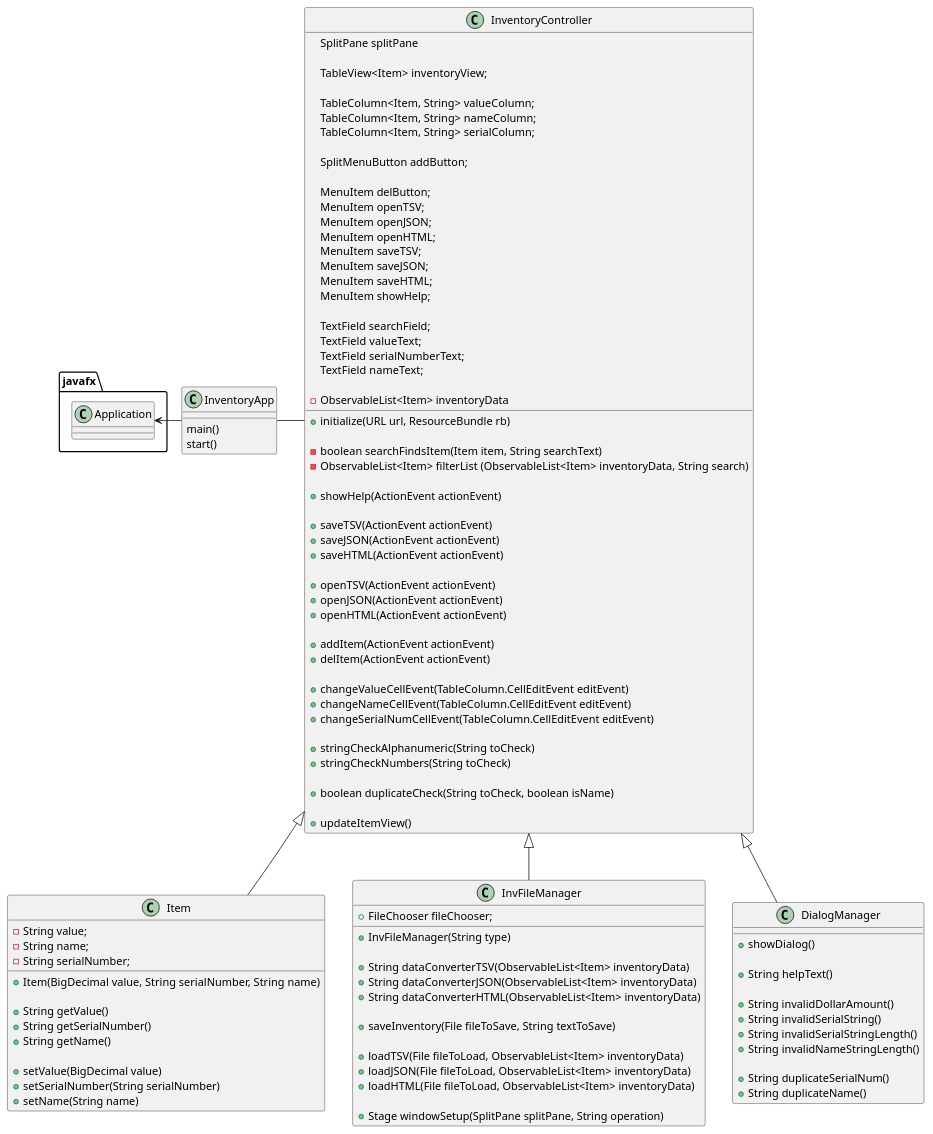
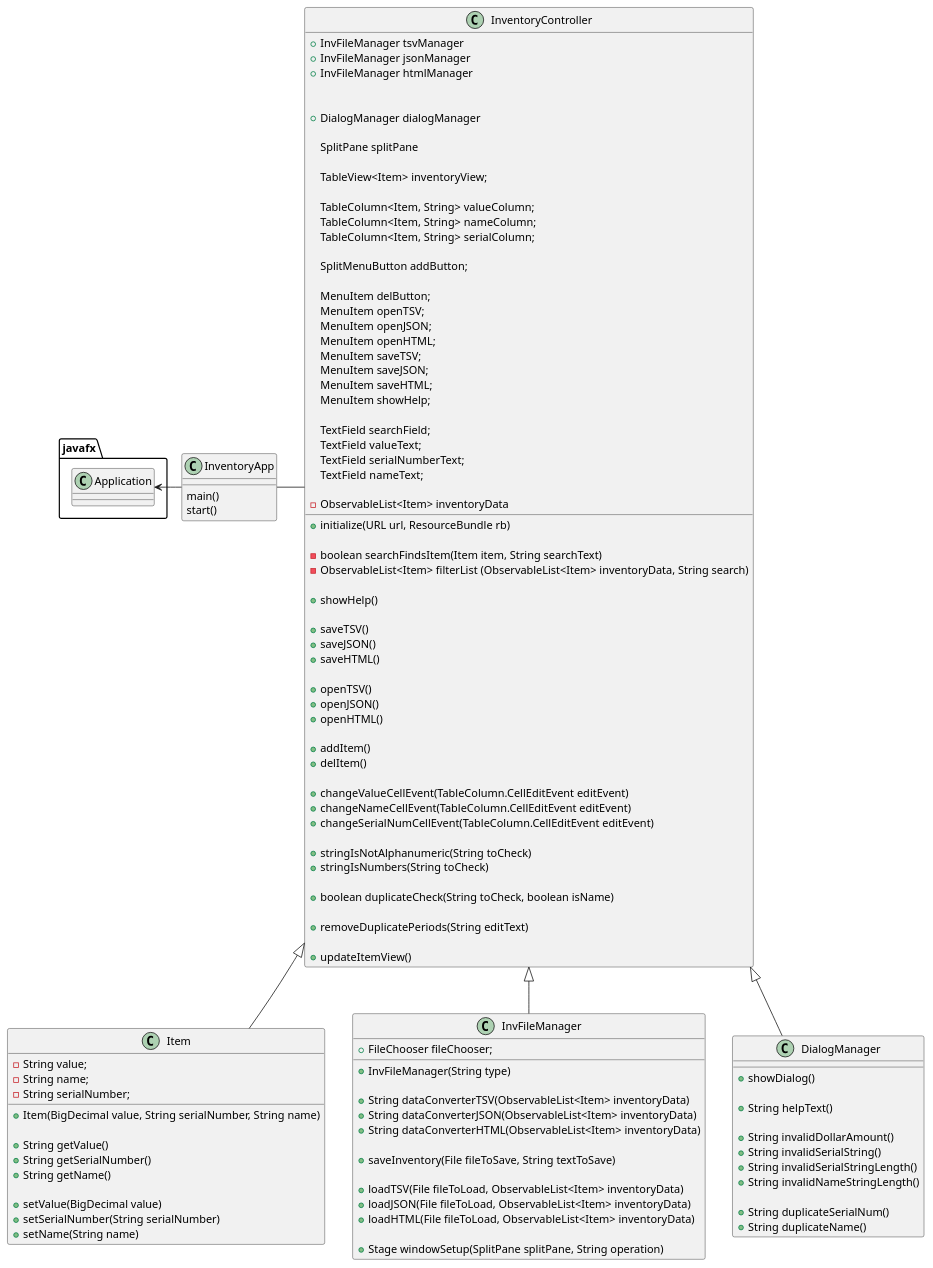
One commit to Sonxaj/turner-2668-a5 changed the diagram in uml/InventoryApp.puml. Above: the diagram before and after it, drawn with PlantUML. The commit also changed 12 other files, not shown here.

Commit message:
Completed Main App Controller Added automated tests with relevant input files Updated PlantUML to include new method identifiers Added README

```diff
--- a/uml/InventoryApp.puml
+++ b/uml/InventoryApp.puml
@@ -1,126 +1,133 @@
 @startuml
 
 javafx.Application <- InventoryApp
 
 InventoryApp - InventoryController
 
 InventoryController <|-- Item
 InventoryController <|-- InvFileManager
 InventoryController <|-- DialogManager
 
 
 class InventoryApp{
     main()
     start()
 }
 
 class InventoryController{
+
+    +InvFileManager tsvManager
+    +InvFileManager jsonManager
+    +InvFileManager htmlManager
+
+
+    +DialogManager dialogManager
 
     SplitPane splitPane
 
     TableView<Item> inventoryView;
 
     TableColumn<Item, String> valueColumn;
     TableColumn<Item, String> nameColumn;
     TableColumn<Item, String> serialColumn;
 
     SplitMenuButton addButton;
 
     MenuItem delButton;
     MenuItem openTSV;
     MenuItem openJSON;
     MenuItem openHTML;
     MenuItem saveTSV;
     MenuItem saveJSON;
     MenuItem saveHTML;
     MenuItem showHelp;
 
     TextField searchField;
     TextField valueText;
     TextField serialNumberText;
     TextField nameText;
 
     -ObservableList<Item> inventoryData
 
     +initialize(URL url, ResourceBundle rb)
 
     -boolean searchFindsItem(Item item, String searchText)
     -ObservableList<Item> filterList (ObservableList<Item> inventoryData, String search)
 
-    +showHelp(ActionEvent actionEvent)
+    +showHelp()
 
-    +saveTSV(ActionEvent actionEvent)
-    +saveJSON(ActionEvent actionEvent)
-    +saveHTML(ActionEvent actionEvent)
+    +saveTSV()
+    +saveJSON()
+    +saveHTML()
 
-    +openTSV(ActionEvent actionEvent)
-    +openJSON(ActionEvent actionEvent)
-    +openHTML(ActionEvent actionEvent)
+    +openTSV()
+    +openJSON()
+    +openHTML()
 
-    +addItem(ActionEvent actionEvent)
-    +delItem(ActionEvent actionEvent)
+    +addItem()
+    +delItem()
 
     +changeValueCellEvent(TableColumn.CellEditEvent editEvent)
     +changeNameCellEvent(TableColumn.CellEditEvent editEvent)
     +changeSerialNumCellEvent(TableColumn.CellEditEvent editEvent)
 
-    +stringCheckAlphanumeric(String toCheck)
-    +stringCheckNumbers(String toCheck)
+    +stringIsNotAlphanumeric(String toCheck)
+    +stringIsNumbers(String toCheck)
 
     +boolean duplicateCheck(String toCheck, boolean isName)
 
+    +removeDuplicatePeriods(String editText)
+
     +updateItemView()
-
-
 }
 
 class InvFileManager{
 
     +FileChooser fileChooser;
 
     +InvFileManager(String type)
 
     +String dataConverterTSV(ObservableList<Item> inventoryData)
     +String dataConverterJSON(ObservableList<Item> inventoryData)
     +String dataConverterHTML(ObservableList<Item> inventoryData)
 
     +saveInventory(File fileToSave, String textToSave)
 
     +loadTSV(File fileToLoad, ObservableList<Item> inventoryData)
     +loadJSON(File fileToLoad, ObservableList<Item> inventoryData)
     +loadHTML(File fileToLoad, ObservableList<Item> inventoryData)
 
     +Stage windowSetup(SplitPane splitPane, String operation)
 }
 
 class Item{
     -String value;
     -String name;
     -String serialNumber;
 
     +Item(BigDecimal value, String serialNumber, String name)
 
     +String getValue()
     +String getSerialNumber()
     +String getName()
 
     +setValue(BigDecimal value)
     +setSerialNumber(String serialNumber)
     +setName(String name)
 }
 
 class DialogManager{
     +showDialog()
 
     +String helpText()
 
     +String invalidDollarAmount()
     +String invalidSerialString()
     +String invalidSerialStringLength()
     +String invalidNameStringLength()
 
     +String duplicateSerialNum()
     +String duplicateName()
 }
 
 @enduml
```
